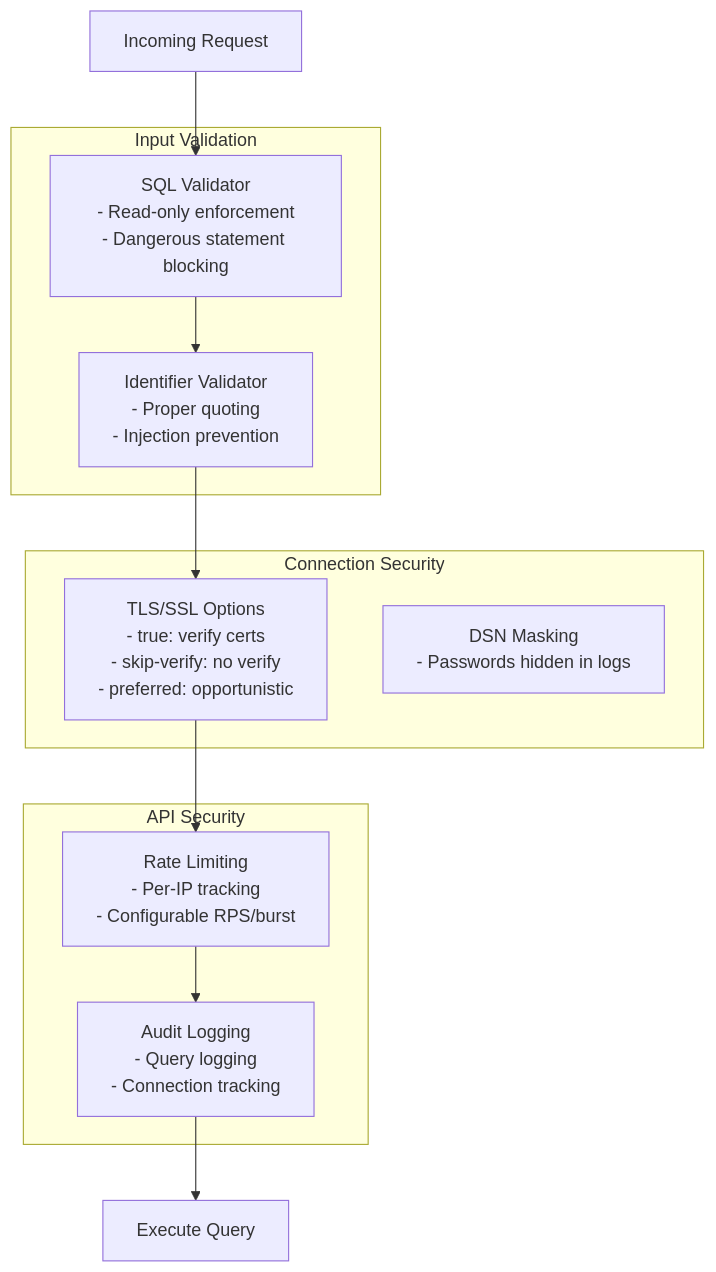
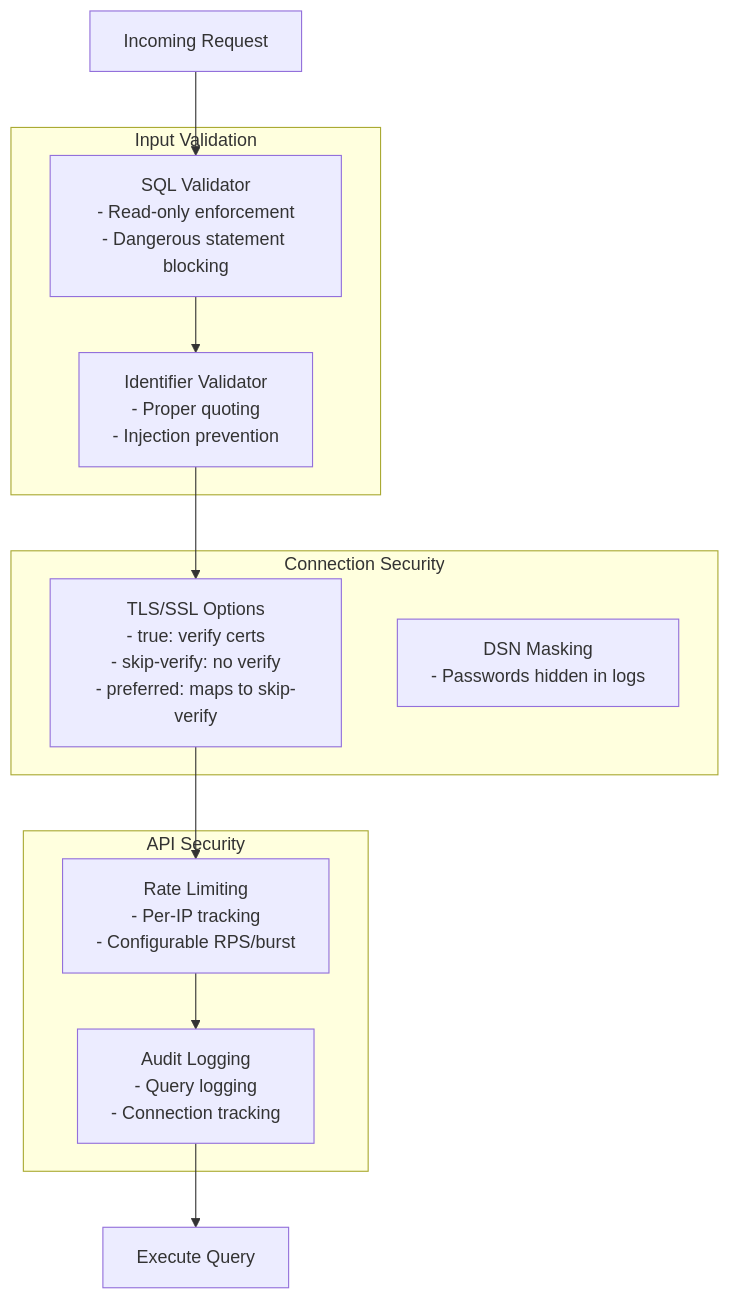
The tenth of 12 diagrams in docs/architecture.md (askdba/mysql-mcp-server), drawn with Mermaid before and after one commit. The commit also changed 3 other files, not shown here.

First line of the commit message:
fix: map SSL 'preferred' to 'skip-verify' for Go MySQL driver compatibility (#66)

````diff
--- a/docs/architecture.md
+++ b/docs/architecture.md
@@ -389,24 +389,24 @@
 ```mermaid
 graph TB
     subgraph "Input Validation"
         SQLValid["SQL Validator<br/>- Read-only enforcement<br/>- Dangerous statement blocking"]
         IdentValid["Identifier Validator<br/>- Proper quoting<br/>- Injection prevention"]
     end
     
     subgraph "Connection Security"
-        TLS["TLS/SSL Options<br/>- true: verify certs<br/>- skip-verify: no verify<br/>- preferred: opportunistic"]
+        TLS["TLS/SSL Options<br/>- true: verify certs<br/>- skip-verify: no verify<br/>- preferred: maps to skip-verify"]
         DSNMask["DSN Masking<br/>- Passwords hidden in logs"]
     end
     
     subgraph "API Security"
         RateLimit["Rate Limiting<br/>- Per-IP tracking<br/>- Configurable RPS/burst"]
         AuditLog["Audit Logging<br/>- Query logging<br/>- Connection tracking"]
     end
     
     Request["Incoming Request"] --> SQLValid
     SQLValid --> IdentValid
     IdentValid --> TLS
     TLS --> RateLimit
     RateLimit --> AuditLog
     AuditLog --> Execute["Execute Query"]
 ```
````
